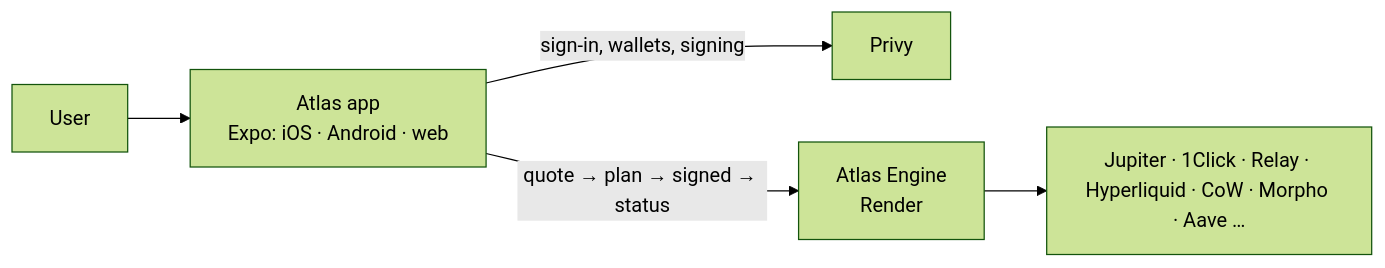
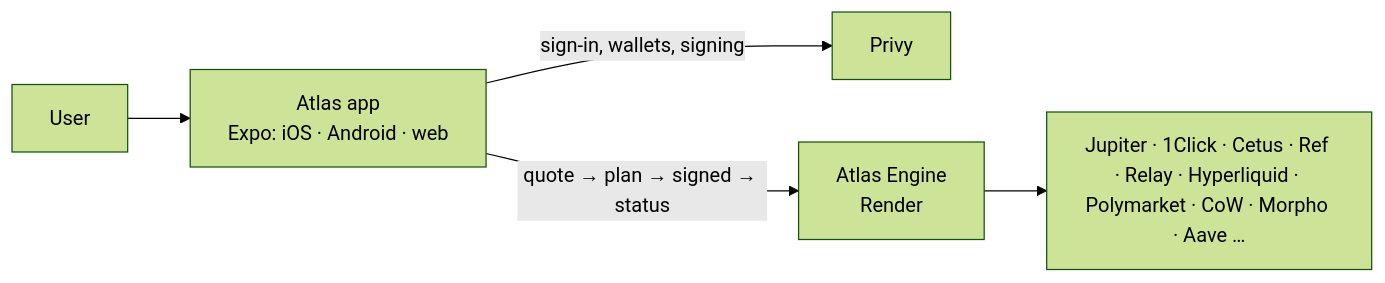
Before and after one commit to Iwetan77/Atlas: the diagram in README.md, drawn with Mermaid (forest theme). The commit also changed other lines of this file and 6 other files, not shown here.

````diff
--- a/README.md
+++ b/README.md
@@ -84,7 +93,7 @@
 ```mermaid
 flowchart LR
   U[User] --> APP[Atlas app<br/>Expo: iOS · Android · web]
   APP -->|sign-in, wallets, signing| PRIVY[Privy]
   APP -->|quote → plan → signed → status| ENGINE[Atlas Engine<br/>Render]
-  ENGINE --> VENUES[Jupiter · 1Click · Relay · Hyperliquid · CoW · Morpho · Aave …]
+  ENGINE --> VENUES[Jupiter · 1Click · Cetus · Ref · Relay · Hyperliquid · Polymarket · CoW · Morpho · Aave …]
 ```
````
